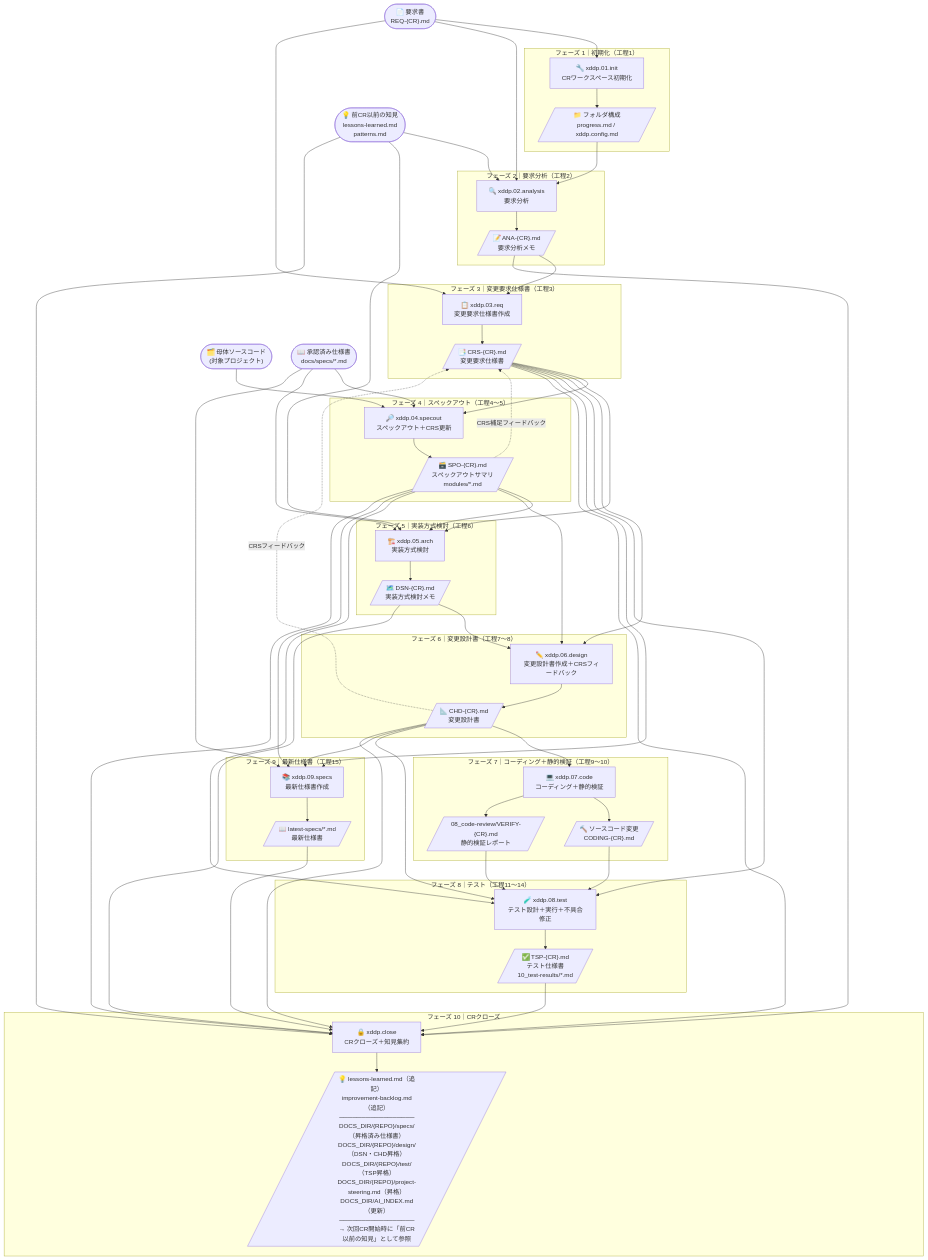
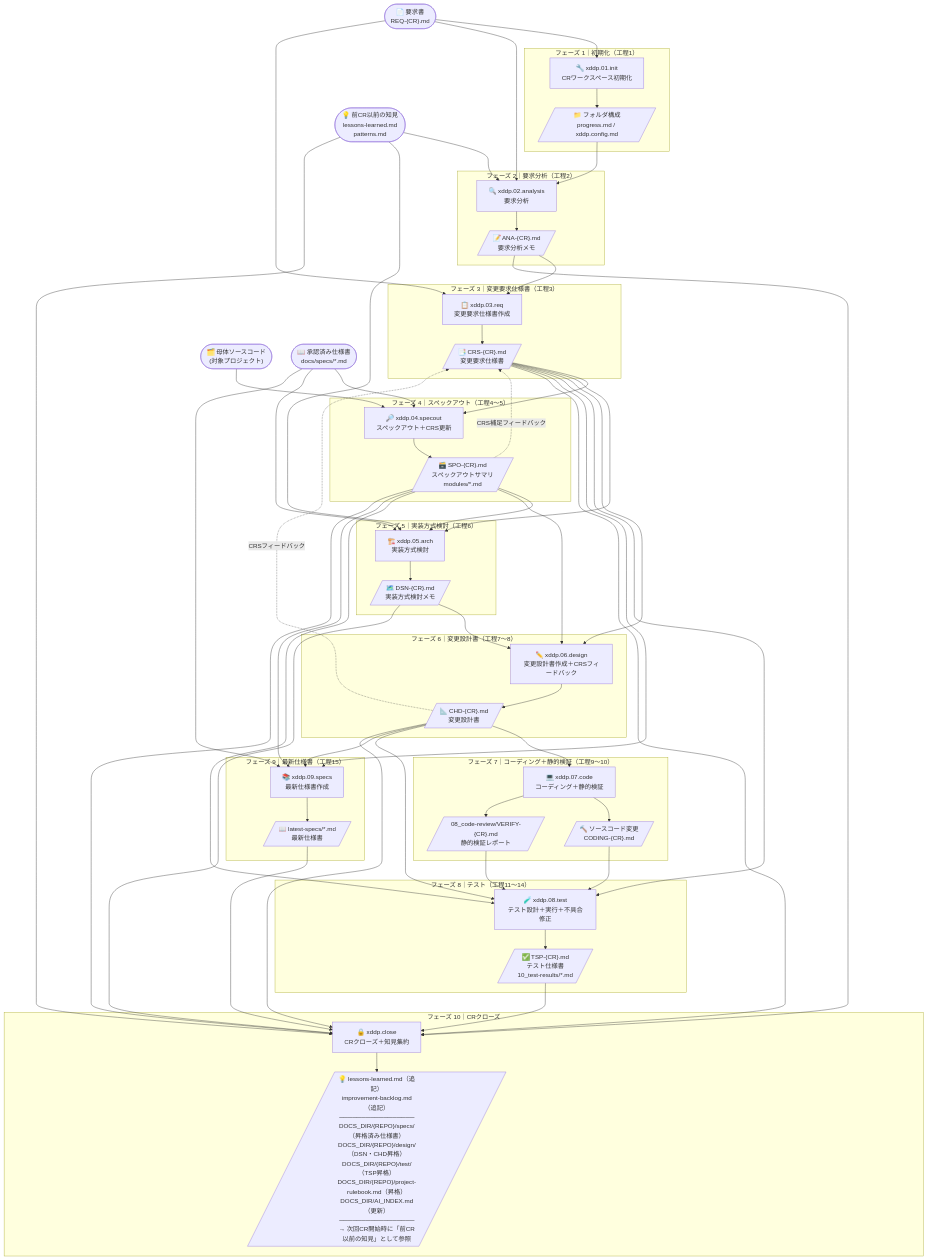
The third of 4 diagrams in docs/xddp-process-dfd.md (tsuna44/XddpSettings), drawn with Mermaid before and after one commit. The commit also changed other lines of this file and 25 other files, not shown here.

```diff
--- a/docs/xddp-process-dfd.md
+++ b/docs/xddp-process-dfd.md
@@ -123,7 +123,7 @@
     %% ─── フェーズ10: クローズ ───
     subgraph PH10["フェーズ 10｜CRクローズ"]
         S10["🔒 xddp.close<br/>CRクローズ＋知見集約"]
-        A10[/"💡 lessons-learned.md（追記）<br/>improvement-backlog.md（追記）<br/>─────────────────<br/>DOCS_DIR/{REPO}/specs/（昇格済み仕様書）<br/>DOCS_DIR/{REPO}/design/（DSN・CHD昇格）<br/>DOCS_DIR/{REPO}/test/（TSP昇格）<br/>DOCS_DIR/{REPO}/project-steering.md（昇格）<br/>DOCS_DIR/AI_INDEX.md（更新）<br/>─────────────────<br/>→ 次回CR開始時に「前CR以前の知見」として参照"/]
+        A10[/"💡 lessons-learned.md（追記）<br/>improvement-backlog.md（追記）<br/>─────────────────<br/>DOCS_DIR/{REPO}/specs/（昇格済み仕様書）<br/>DOCS_DIR/{REPO}/design/（DSN・CHD昇格）<br/>DOCS_DIR/{REPO}/test/（TSP昇格）<br/>DOCS_DIR/{REPO}/project-rulebook.md（昇格）<br/>DOCS_DIR/AI_INDEX.md（更新）<br/>─────────────────<br/>→ 次回CR開始時に「前CR以前の知見」として参照"/]
     end
 
     %% ─── 主フロー ───
```
